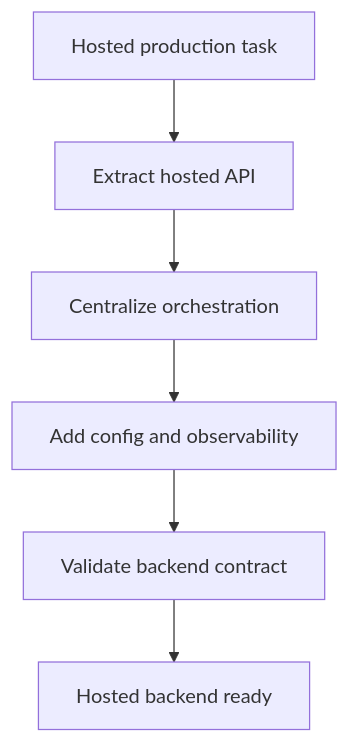
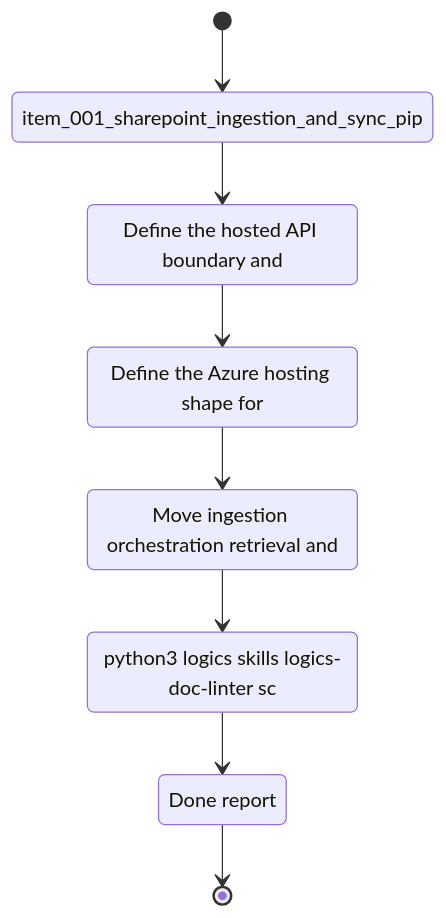
Before and after one commit to AlexAgo83/deepvault: the diagram in logics/tasks/task_003_hosted_backend_core_delivery.md, drawn with Mermaid. The commit also changed other lines of this file and 28 other files, not shown here.

````diff
--- a/logics/tasks/task_003_hosted_backend_core_delivery.md
+++ b/logics/tasks/task_003_hosted_backend_core_delivery.md
@@ -18,9 +18,18 @@
 ```mermaid
+%% logics-kind: task
 %% logics-signature: task|hosted-backend-core-delivery|item-001-sharepoint-ingestion-and-sync-p|define-the-hosted-api-boundary-and|python3-logics-skills-logics-doc-linter-
-flowchart TD
-    Request[Hosted production task] --> Step1[Extract hosted API]
-    Step1 --> Step2[Centralize orchestration]
-    Step2 --> Step3[Add config and observability]
-    Step3 --> Validate[Validate backend contract]
-    Validate --> Done[Hosted backend ready]
+stateDiagram-v2
+    state "item_001_sharepoint_ingestion_and_sync_pip" as Backlog
+    state "Define the hosted API boundary and" as Scope
+    state "Define the Azure hosting shape for" as Build
+    state "Move ingestion orchestration retrieval and" as Verify
+    state "python3 logics skills logics-doc-linter sc" as Validation
+    state "Done report" as Report
+    [*] --> Backlog
+    Backlog --> Scope
+    Scope --> Build
+    Build --> Verify
+    Verify --> Validation
+    Validation --> Report
+    Report --> [*]
 ```
````
